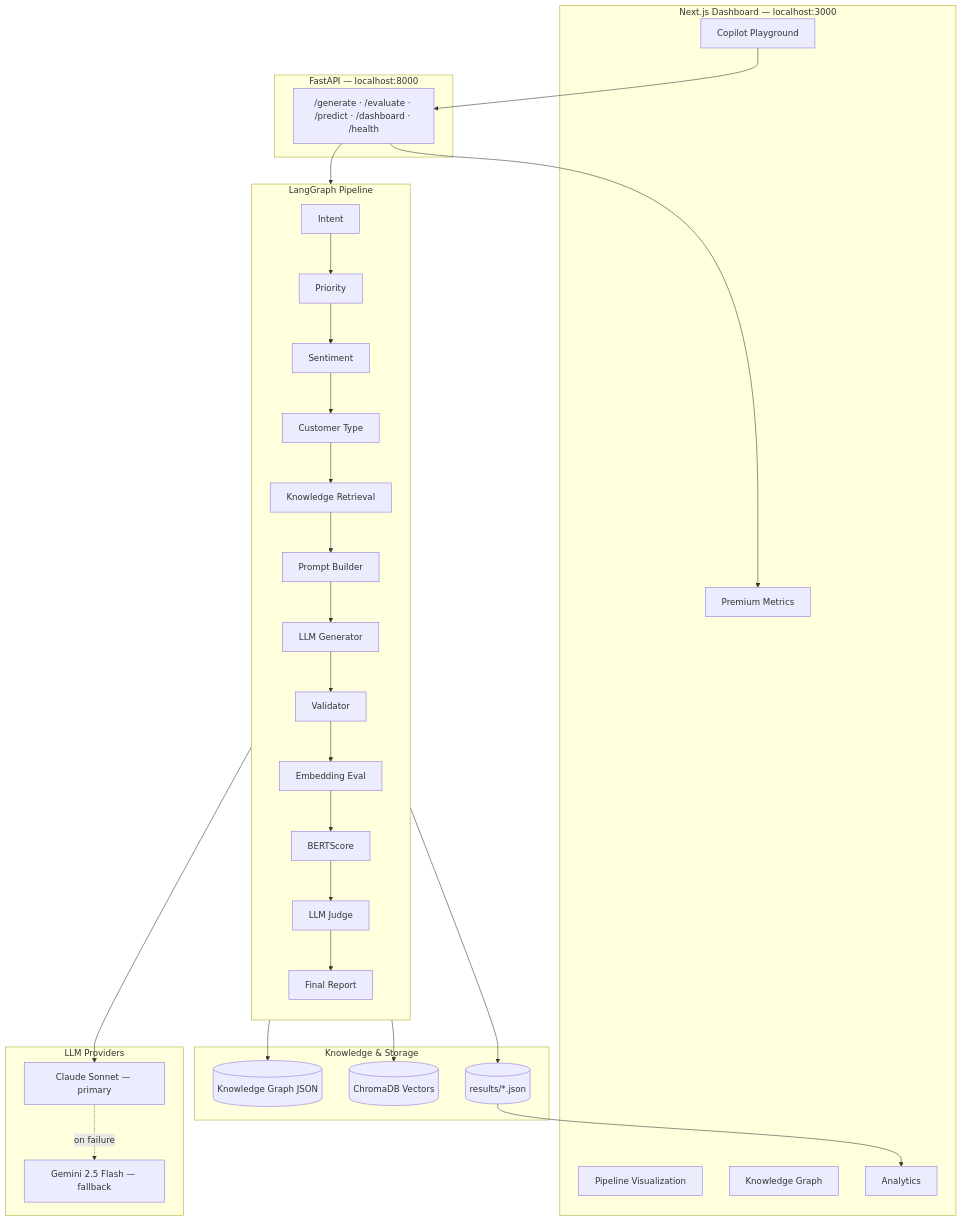
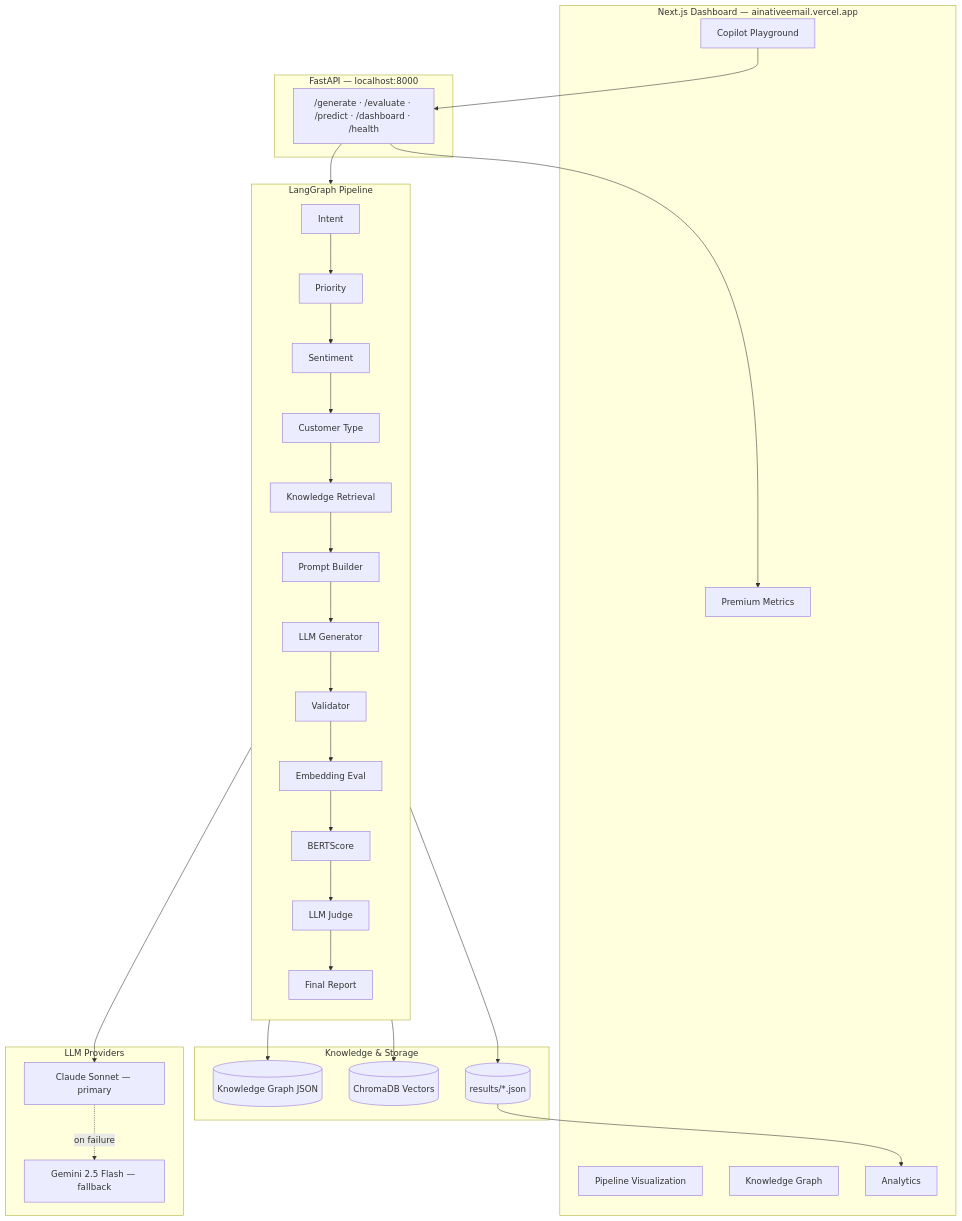
One commit to vijayshreepathak/AI-Native-Email-Intelligence changed the diagram in README.md. Above: the diagram before and after it, drawn with Mermaid. The commit also changed other lines of this file and 33 other files, not shown here.

````diff
--- a/README.md
+++ b/README.md
@@ -13,50 +14,50 @@
 ```mermaid
 flowchart TB
-    subgraph UI["Next.js Dashboard — localhost:3000"]
+    subgraph UI["Next.js Dashboard — ainativeemail.vercel.app"]
         PG[Copilot Playground]
         PM[Premium Metrics]
         PV[Pipeline Visualization]
         KG[Knowledge Graph]
         AN[Analytics]
     end
 
     subgraph API["FastAPI — localhost:8000"]
         EP["/generate · /evaluate · /predict · /dashboard · /health"]
     end
 
     subgraph Pipeline["LangGraph Pipeline"]
         direction TB
         I[Intent] --> P[Priority]
         P --> S[Sentiment]
         S --> C[Customer Type]
         C --> K[Knowledge Retrieval]
         K --> PB[Prompt Builder]
         PB --> G[LLM Generator]
         G --> V[Validator]
         V --> E[Embedding Eval]
         E --> B[BERTScore]
         B --> J[LLM Judge]
         J --> R[Final Report]
     end
 
     subgraph Data["Knowledge & Storage"]
         KGJ[(Knowledge Graph JSON)]
         CH[(ChromaDB Vectors)]
         RES[(results/*.json)]
     end
 
     subgraph LLM["LLM Providers"]
         CL[Claude Sonnet — primary]
         GM[Gemini 2.5 Flash — fallback]
     end
 
     PG --> EP
     EP --> Pipeline
     K --> KGJ
     K --> CH
     G --> CL
     CL -.->|on failure| GM
     Pipeline --> RES
     RES --> AN
     EP --> PM
 ```
````
